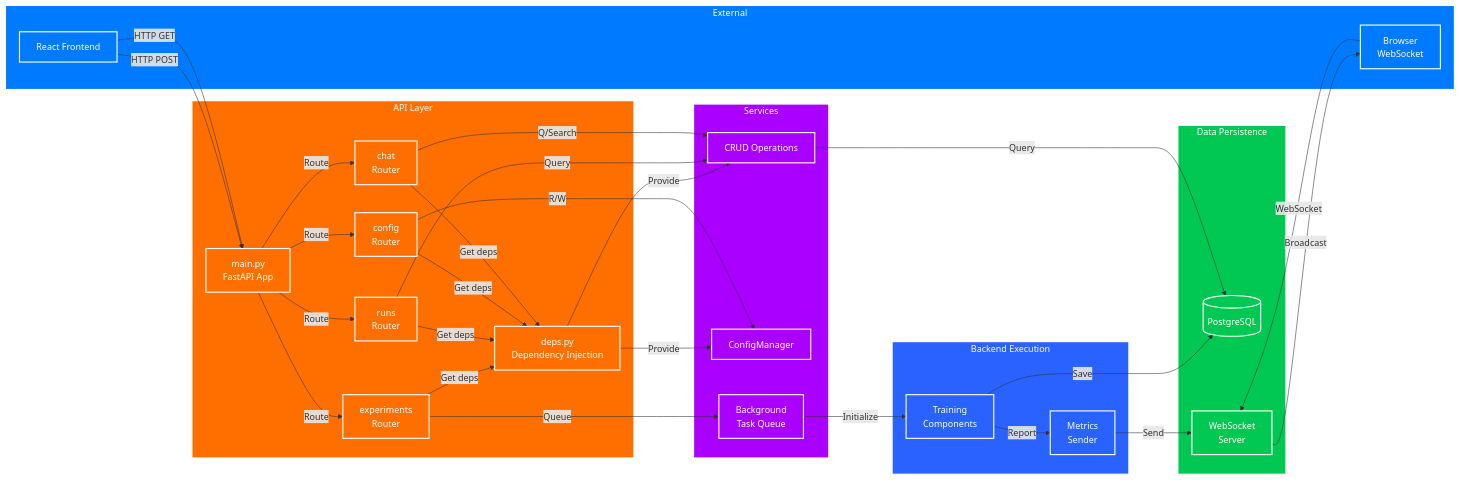
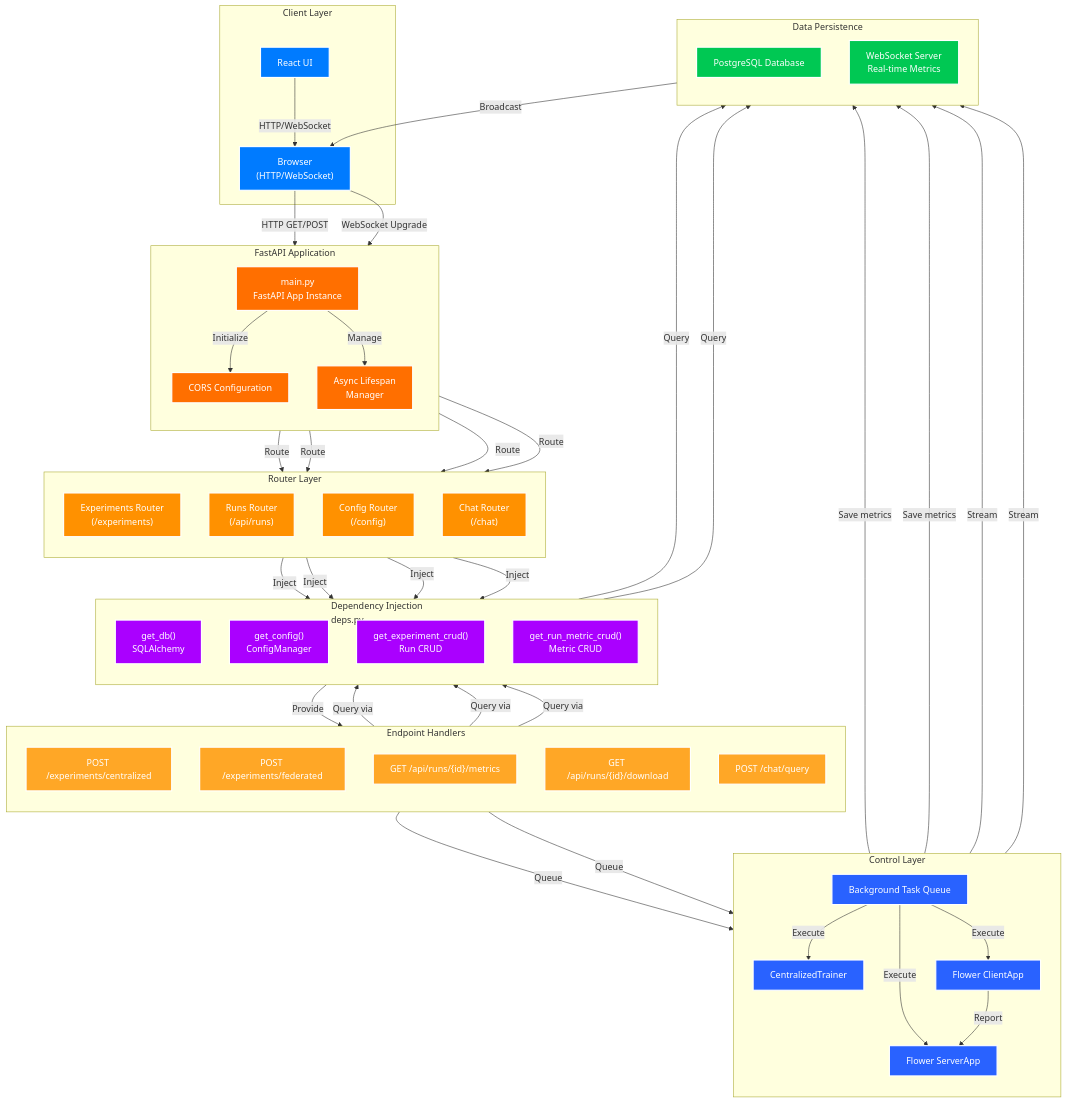
Before and after one commit to h19overflow/federated_learning: the diagram in federated_pneumonia_detection/src/api/README.md, drawn with Mermaid. The commit also changed other lines of this file and 14 other files, not shown here.

````diff
--- a/federated_pneumonia_detection/src/api/README.md
+++ b/federated_pneumonia_detection/src/api/README.md
@@ -282,75 +9,109 @@
 ```mermaid
-graph LR
-    subgraph External["External"]
-        React["React Frontend"]
-        Browser["Browser<br/>WebSocket"]
+graph TD
+    subgraph Client["Client Layer"]
+        ReactUI["React UI"]
+        Browser["Browser<br/>(HTTP/WebSocket)"]
     end
 
-    subgraph API_Layer["API Layer"]
-        MainApp["main.py<br/>FastAPI App"]
-        Router1["experiments<br/>Router"]
-        Router2["runs<br/>Router"]
-        Router3["config<br/>Router"]
-        Router4["chat<br/>Router"]
-        DI_Layer["deps.py<br/>Dependency Injection"]
+    subgraph FastAPI["FastAPI Application"]
+        direction TB
+        MainApp["main.py<br/>FastAPI App Instance"]
+        CORS["CORS Configuration"]
+        LifeSpan["Async Lifespan<br/>Manager"]
     end
 
-    subgraph Services["Services"]
-        TaskQ["Background<br/>Task Queue"]
-        Config["ConfigManager"]
-        CRUD["CRUD Operations"]
+    subgraph Routing["Router Layer"]
+        direction TB
+        ExpRouter["Experiments Router<br/>(/experiments)"]
+        RunRouter["Runs Router<br/>(/api/runs)"]
+        ConfigRouter["Config Router<br/>(/config)"]
+        ChatRouter["Chat Router<br/>(/chat)"]
     end
 
-    subgraph Backend["Backend Execution"]
-        Trainer["Training<br/>Components"]
-        Metrics["Metrics<br/>Sender"]
+    subgraph DI["Dependency Injection<br/>deps.py"]
+        direction TB
+        DBSession["get_db()<br/>SQLAlchemy"]
+        ConfigMgr["get_config()<br/>ConfigManager"]
+        RunCRUD["get_experiment_crud()<br/>Run CRUD"]
+        MetricCRUD["get_run_metric_crud()<br/>Metric CRUD"]
     end
 
-    subgraph DataLayer["Data Persistence"]
-        Database[(PostgreSQL)]
-        WebSocketSrv["WebSocket<br/>Server"]
+    subgraph Endpoints["Endpoint Handlers"]
+        direction TB
+        CentralizedEP["POST /experiments/centralized"]
+        FederatedEP["POST /experiments/federated"]
+        MetricsEP["GET /api/runs/{id}/metrics"]
+        DownloadEP["GET /api/runs/{id}/download"]
+        ChatEP["POST /chat/query"]
     end
 
-    React -->|HTTP POST| MainApp
-    React -->|HTTP GET| MainApp
-    Browser -->|WebSocket| WebSocketSrv
+    subgraph Control["Control Layer"]
+        direction TB
+        TaskQueue["Background Task Queue"]
+        CentralizedTrainer["CentralizedTrainer"]
+        FLServerApp["Flower ServerApp"]
+        FLClientApp["Flower ClientApp"]
+    end
 
-    MainApp -->|Route| Router1
-    MainApp -->|Route| Router2
-    MainApp -->|Route| Router3
-    MainApp -->|Route| Router4
+    subgraph DataPersistence["Data Persistence"]
+        direction TB
+        PostgreSQL["PostgreSQL Database"]
+        WebSocketServer["WebSocket Server<br/>Real-time Metrics"]
+    end
 
-    Router1 -->|Get deps| DI_Layer
-    Router2 -->|Get deps| DI_Layer
-    Router3 -->|Get deps| DI_Layer
-    Router4 -->|Get deps| DI_Layer
+    ReactUI -->|HTTP/WebSocket| Browser
+    Browser -->|HTTP GET/POST| MainApp
+    Browser -->|WebSocket Upgrade| MainApp
 
-    DI_Layer -->|Provide| Config
-    DI_Layer -->|Provide| CRUD
+    MainApp -->|Initialize| CORS
+    MainApp -->|Manage| LifeSpan
+    MainApp -->|Route| ExpRouter
+    MainApp -->|Route| RunRouter
+    MainApp -->|Route| ConfigRouter
+    MainApp -->|Route| ChatRouter
 
-    Router1 -->|Queue| TaskQ
-    Router2 -->|Query| CRUD
-    Router3 -->|R/W| Config
-    Router4 -->|Q/Search| CRUD
+    ExpRouter -->|Inject| DI
+    RunRouter -->|Inject| DI
+    ConfigRouter -->|Inject| DI
+    ChatRouter -->|Inject| DI
 
-    TaskQ -->|Initialize| Trainer
-    Trainer -->|Report| Metrics
-    Metrics -->|Send| WebSocketSrv
-    WebSocketSrv -->|Broadcast| Browser
+    DI -->|Provide| Endpoints
 
-    Trainer -->|Save| Database
-    CRUD -->|Query| Database
+    CentralizedEP -->|Queue| TaskQueue
+    FederatedEP -->|Queue| TaskQueue
 
-    %% Styling
-    classDef ext fill:#007BFF,stroke:#fff,stroke-width:2px,color:#fff;
-    classDef api fill:#FF6F00,stroke:#fff,stroke-width:2px,color:#fff;
-    classDef srv fill:#AA00FF,stroke:#fff,stroke-width:2px,color:#fff;
-    classDef exe fill:#2962FF,stroke:#fff,stroke-width:2px,color:#fff;
-    classDef dat fill:#00C853,stroke:#fff,stroke-width:2px,color:#fff;
+    MetricsEP -->|Query via| RunCRUD
+    DownloadEP -->|Query via| RunCRUD
+    ChatEP -->|Query via| RunCRUD
 
-    class External,React,Browser ext;
-    class API_Layer,MainApp,Router1,Router2,Router3,Router4,DI_Layer api;
-    class Services,TaskQ,Config,CRUD srv;
-    class Backend,Trainer,Metrics exe;
-    class DataLayer,Database,WebSocketSrv dat;
+    TaskQueue -->|Execute| CentralizedTrainer
+    TaskQueue -->|Execute| FLServerApp
+    TaskQueue -->|Execute| FLClientApp
+
+    CentralizedTrainer -->|Save metrics| PostgreSQL
+    FLServerApp -->|Save metrics| PostgreSQL
+    FLClientApp -->|Report| FLServerApp
+
+    CentralizedTrainer -->|Stream| WebSocketServer
+    FLServerApp -->|Stream| WebSocketServer
+    WebSocketServer -->|Broadcast| Browser
+
+    RunCRUD -->|Query| PostgreSQL
+    MetricCRUD -->|Query| PostgreSQL
+
+    classDef client fill:#007BFF,stroke:#fff,stroke-width:2px,color:#fff
+    classDef api fill:#FF6F00,stroke:#fff,stroke-width:2px,color:#fff
+    classDef router fill:#FF9100,stroke:#fff,stroke-width:2px,color:#fff
+    classDef di fill:#AA00FF,stroke:#fff,stroke-width:2px,color:#fff
+    classDef endpoint fill:#FFA726,stroke:#fff,stroke-width:2px,color:#fff
+    classDef control fill:#2962FF,stroke:#fff,stroke-width:2px,color:#fff
+    classDef data fill:#00C853,stroke:#fff,stroke-width:2px,color:#fff
+
+    class ReactUI,Browser client
+    class MainApp,CORS,LifeSpan api
+    class ExpRouter,RunRouter,ConfigRouter,ChatRouter router
+    class DBSession,ConfigMgr,RunCRUD,MetricCRUD di
+    class CentralizedEP,FederatedEP,MetricsEP,DownloadEP,ChatEP endpoint
+    class CentralizedTrainer,FLServerApp,FLClientApp,TaskQueue control
+    class PostgreSQL,WebSocketServer data
 ```
````
